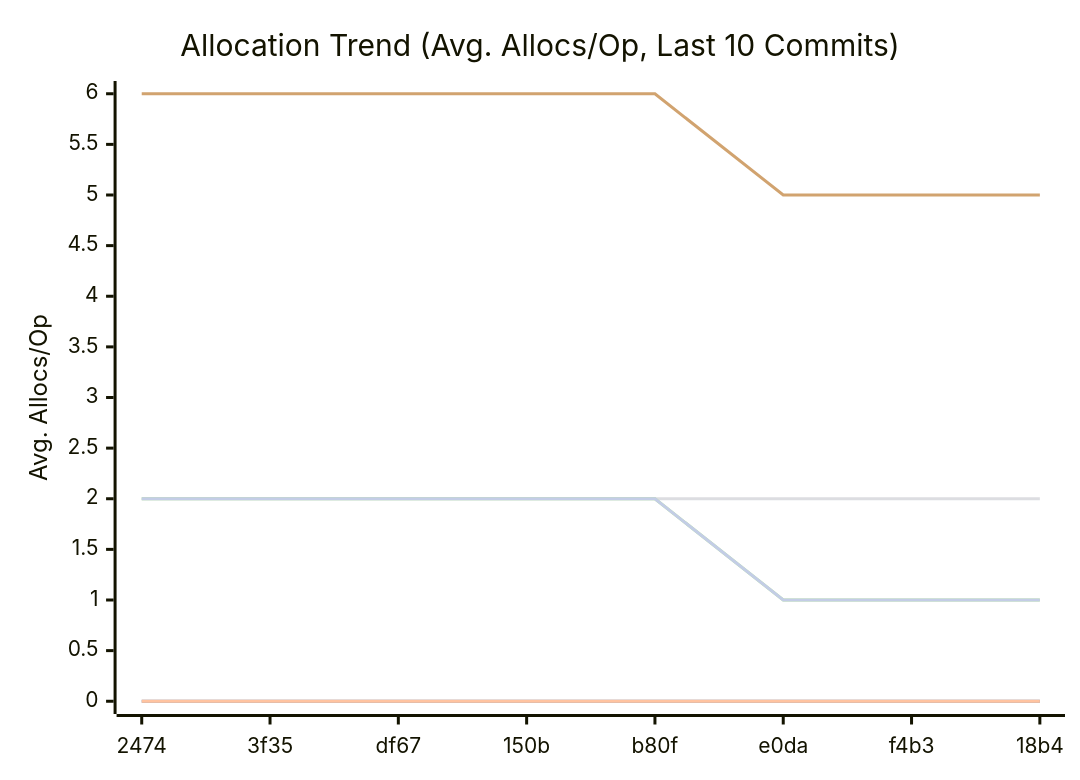
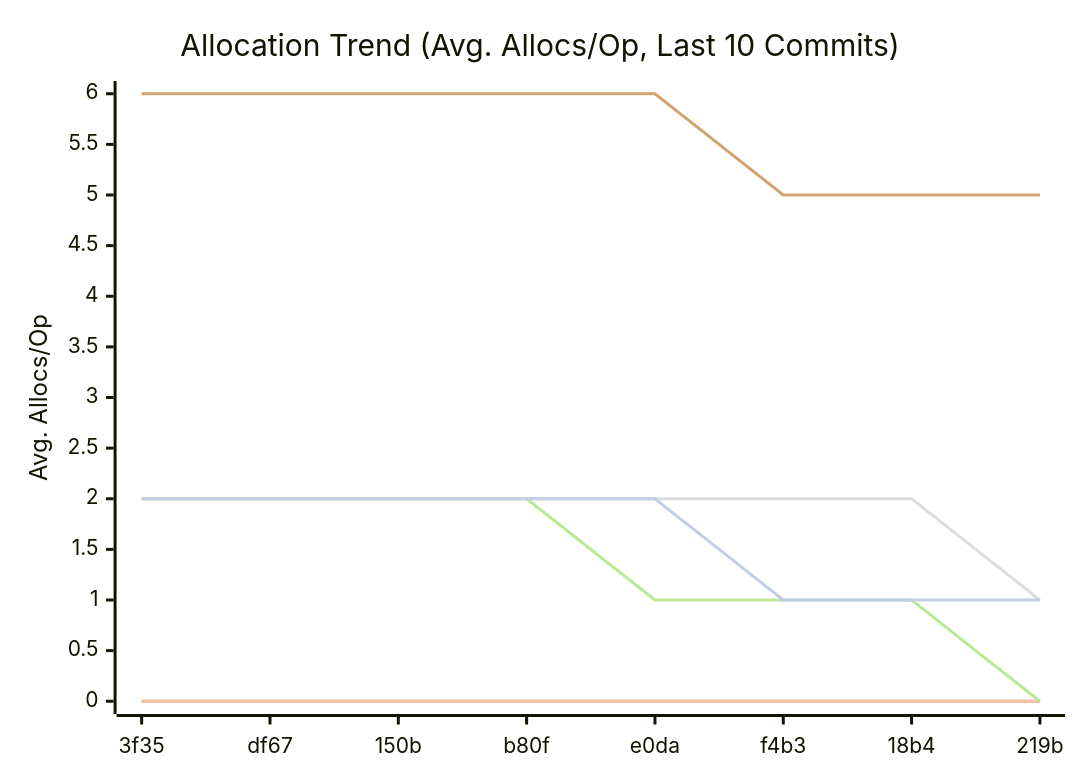
Before and after one commit to alsotoes/momo: the third of 3 diagrams in docs/README.md, drawn with Mermaid. The commit also changed other lines of this file and 1 other file, not shown here.

````diff
--- a/docs/README.md
+++ b/docs/README.md
@@ -195,14 +198,14 @@
 ```mermaid
 xychart-beta
     title "Allocation Trend (Avg. Allocs/Op, Last 10 Commits)"
     x-axis "Commit"
     y-axis "Avg. Allocs/Op"
-    x-axis [2474,3f35,df67,150b,b80f,e0da,f4b3,18b4]
+    x-axis [3f35,df67,150b,b80f,e0da,f4b3,18b4,219b]
     line "CheckMetricsAndSwap" [0,0,0,0,0,0,0,0,0,0]
     line "IndexDirectTracking" [0,0,0,0,0,0,0,0,0,0]
     line "IndexSearch" [0,0,0,0,0,0,0,0,0,0]
-    line "LoadGlobalConfig" [2,2,2,2,2,2,2,2,1,1]
-    line "PadString" [2,2,2,2,2,1,1,1,0,0]
+    line "LoadGlobalConfig" [2,2,2,2,2,2,2,1,1,0]
+    line "PadString" [2,2,2,2,1,1,1,0,0,0]
     line "ParseReplicationOrder_NoPrealloc" [6,6,6,6,6,5,5,5,5,5]
     line "ParseReplicationOrder_Prealloc" [2,2,2,2,2,1,1,1,1,1]
 ```
````
